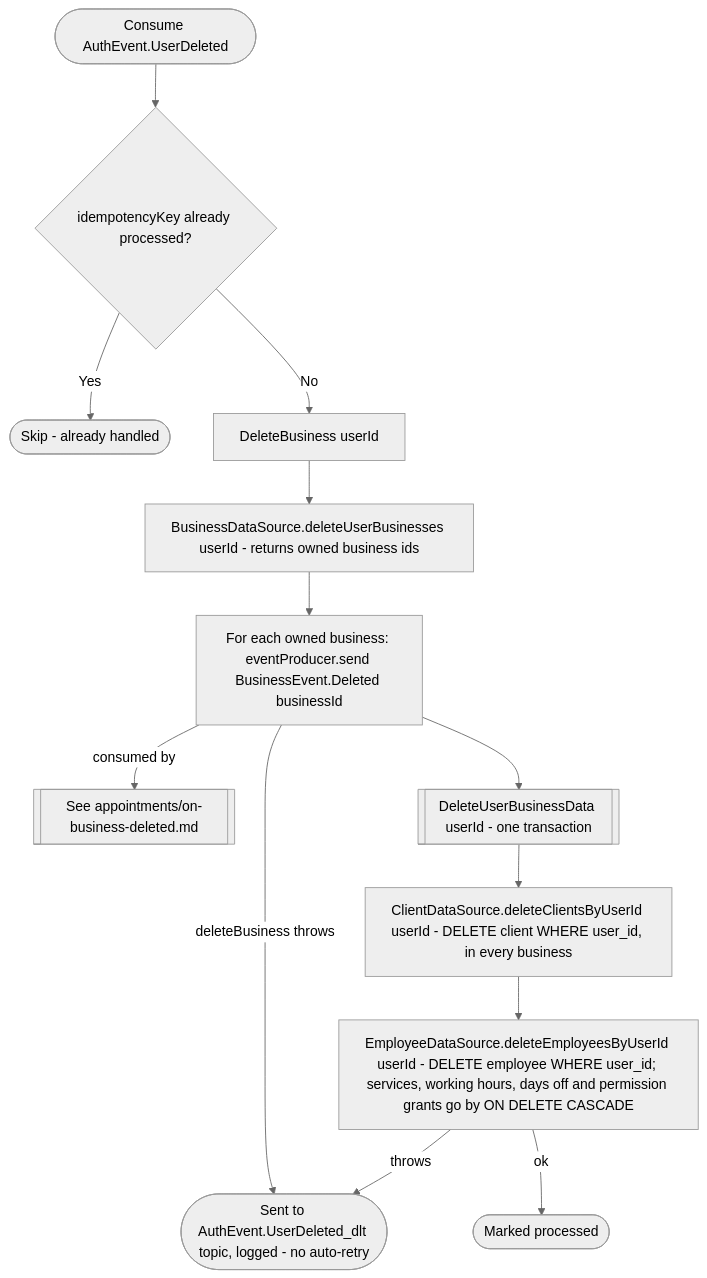
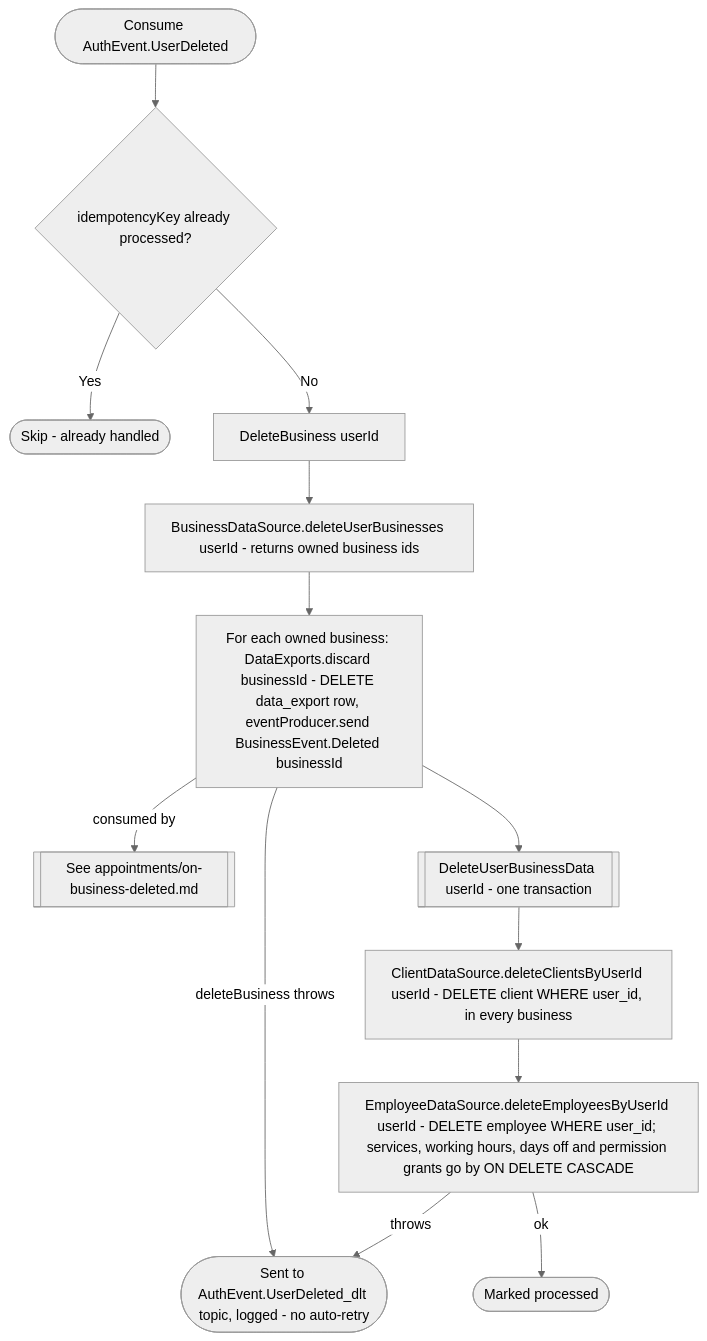
The diagram in docs/operations/business/on-user-deleted.md (nocturneproperties/bookkme), drawn with Mermaid (neutral theme) before and after one commit. The commit also changed 57 other files, not shown here.

Commit message:
[ISSUE-139] business data export

````diff
--- a/docs/operations/business/on-user-deleted.md
+++ b/docs/operations/business/on-user-deleted.md
@@ -19,15 +19,15 @@
 ```mermaid
 flowchart TD
     Start([Consume AuthEvent.UserDeleted]) --> Dedup{idempotencyKey already processed?}
     Dedup -- Yes --> Skip([Skip - already handled])
     Dedup -- No --> DeleteBiz[DeleteBusiness userId]
     DeleteBiz --> GetBiz[BusinessDataSource.deleteUserBusinesses userId - returns owned business ids]
-    GetBiz --> Loop[For each owned business: eventProducer.send BusinessEvent.Deleted businessId]
+    GetBiz --> Loop[For each owned business: DataExports.discard businessId - DELETE data_export row, eventProducer.send BusinessEvent.Deleted businessId]
     Loop -- consumed by --> Downstream[[See appointments/on-business-deleted.md]]
     Loop -- deleteBusiness throws --> Dlt([Sent to AuthEvent.UserDeleted_dlt topic, logged - no auto-retry])
     Loop --> DeleteData[[DeleteUserBusinessData userId - one transaction]]
     DeleteData --> DelClients["ClientDataSource.deleteClientsByUserId userId - DELETE client WHERE user_id, in every business"]
     DelClients --> DelEmployees["EmployeeDataSource.deleteEmployeesByUserId userId - DELETE employee WHERE user_id; services, working hours, days off and permission grants go by ON DELETE CASCADE"]
     DelEmployees -- throws --> Dlt
     DelEmployees -- ok --> Ack([Marked processed])
 ```
````
